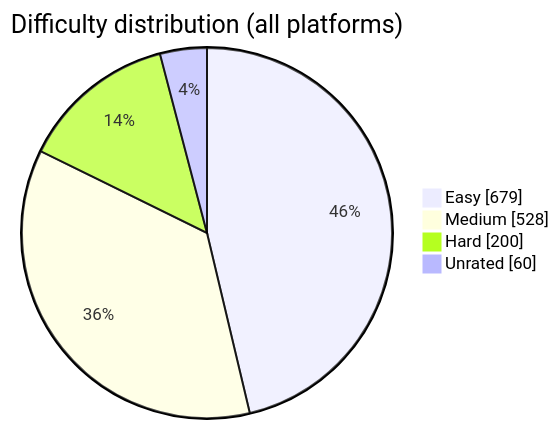
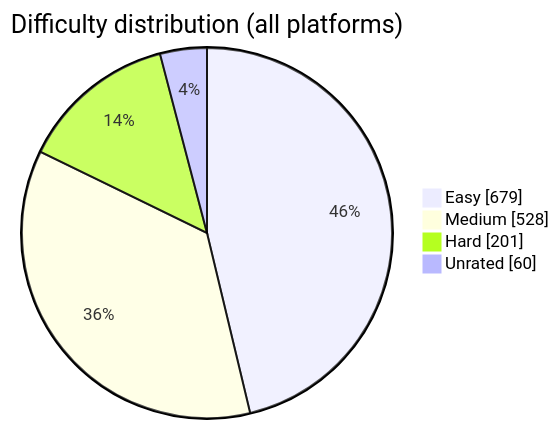
Before and after one commit to BuildbyArindam/Daily-Coding-Log: the diagram in README.md, drawn with Mermaid. The commit also changed other lines of this file, not shown here.

````diff
--- a/README.md
+++ b/README.md
@@ -93,7 +93,7 @@
 ```mermaid
 pie showData title Difficulty distribution (all platforms)
     "Easy" : 679
     "Medium" : 528
-    "Hard" : 200
+    "Hard" : 201
     "Unrated" : 60
 ```
````
